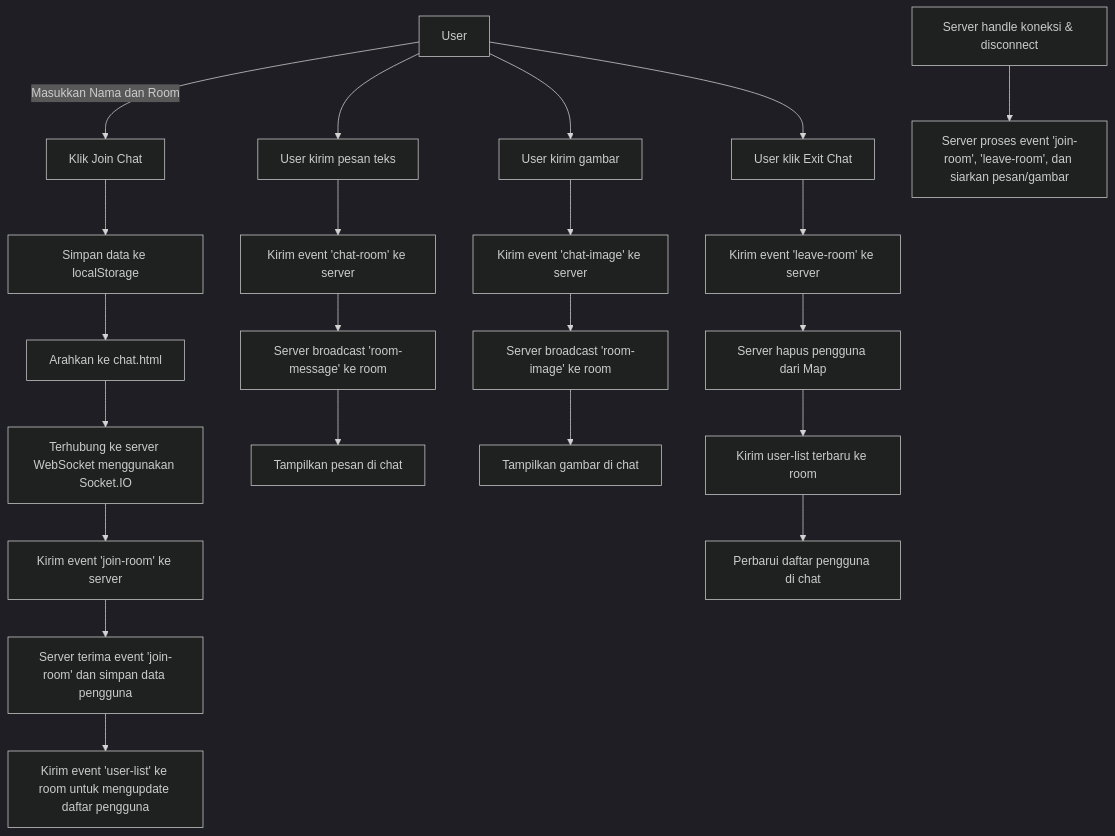
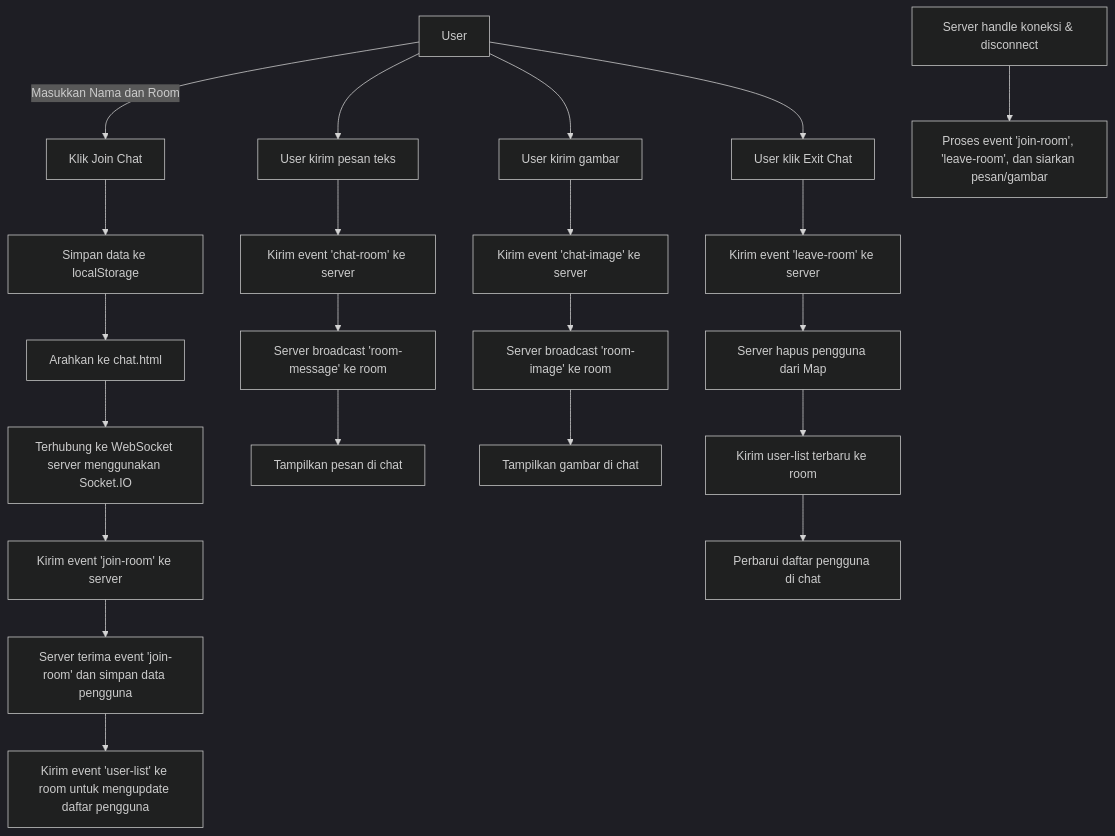
One commit to yogiamma16/LAB_BACKEND_YOGI-A.AMMAH changed the third of 3 diagrams in README.md. Above: the diagram before and after it, drawn with Mermaid (dark theme).

````diff
--- a/README.md
+++ b/README.md
@@ -114,30 +114,30 @@
 ```mermaid
 graph TD
     A[User] -->|Masukkan Nama dan Room| B[Klik Join Chat]
     B --> C[Simpan data ke localStorage]
     C --> D[Arahkan ke chat.html]
-    
-    D --> E[Terhubung ke server WebSocket menggunakan Socket.IO]
+
+    D --> E[Terhubung ke WebSocket server menggunakan Socket.IO]
     E --> F[Kirim event 'join-room' ke server]
     F --> G[Server terima event 'join-room' dan simpan data pengguna]
     G --> H[Kirim event 'user-list' ke room untuk mengupdate daftar pengguna]
 
     A --> I[User kirim pesan teks]
     I --> J[Kirim event 'chat-room' ke server]
     J --> K[Server broadcast 'room-message' ke room]
     K --> L[Tampilkan pesan di chat]
 
     A --> M[User kirim gambar]
     M --> N[Kirim event 'chat-image' ke server]
     N --> O[Server broadcast 'room-image' ke room]
     O --> P[Tampilkan gambar di chat]
 
     A --> Q[User klik Exit Chat]
     Q --> R[Kirim event 'leave-room' ke server]
     R --> S[Server hapus pengguna dari Map]
     S --> T[Kirim user-list terbaru ke room]
     T --> U[Perbarui daftar pengguna di chat]
 
     V[Server handle koneksi & disconnect]
-    V --> W[Server proses event 'join-room', 'leave-room', dan siarkan pesan/gambar]
+    V --> W[Proses event 'join-room', 'leave-room', dan siarkan pesan/gambar]
 ```
````
